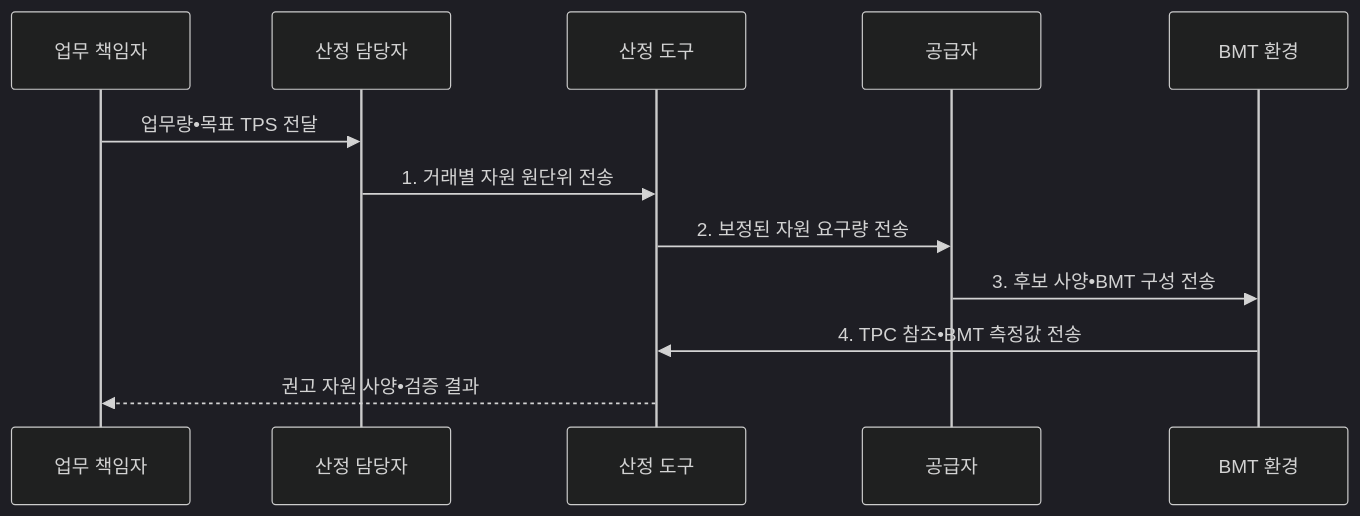
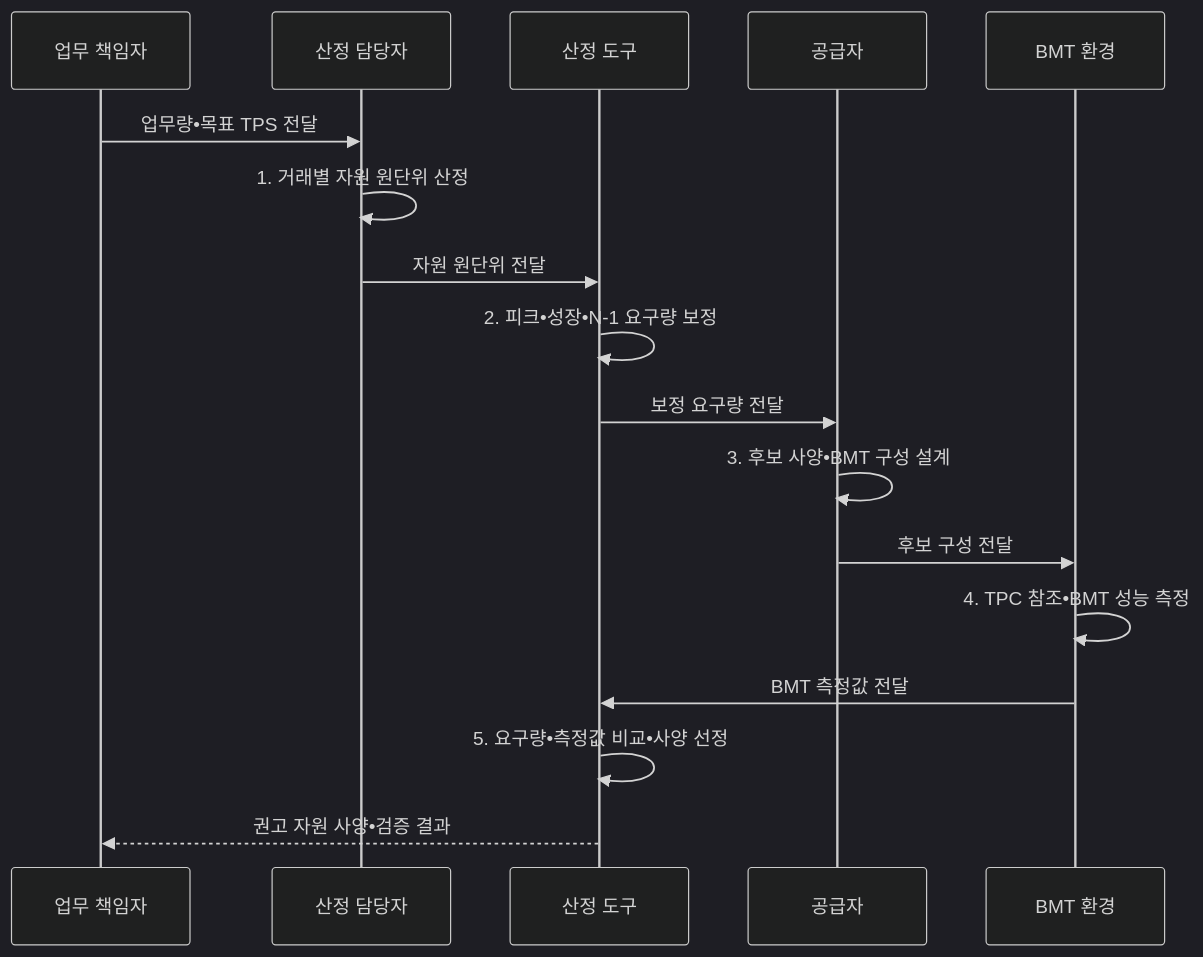
One commit to agnusdei1207/knowledge-base changed the second of 2 diagrams in src/content/docs/notes/06-evaluation/009_hw_sizing_tps_based.md. Above: the diagram before and after it, drawn with Mermaid (dark theme). The commit also changed other lines of this file and 20 other files, not shown here.

````diff
--- a/src/content/docs/notes/06-evaluation/009_hw_sizing_tps_based.md
+++ b/src/content/docs/notes/06-evaluation/009_hw_sizing_tps_based.md
@@ -107,14 +107,19 @@
 ```mermaid
 sequenceDiagram
   participant O as 업무 책임자
   participant A as 산정 담당자
   participant C as 산정 도구
   participant V as 공급자
   participant B as BMT 환경
   O->>A: 업무량•목표 TPS 전달
-  A->>C: 1. 거래별 자원 원단위 전송
-  C->>V: 2. 보정된 자원 요구량 전송
-  V->>B: 3. 후보 사양•BMT 구성 전송
-  B->>C: 4. TPC 참조•BMT 측정값 전송
+  A->>A: 1. 거래별 자원 원단위 산정
+  A->>C: 자원 원단위 전달
+  C->>C: 2. 피크•성장•N-1 요구량 보정
+  C->>V: 보정 요구량 전달
+  V->>V: 3. 후보 사양•BMT 구성 설계
+  V->>B: 후보 구성 전달
+  B->>B: 4. TPC 참조•BMT 성능 측정
+  B->>C: BMT 측정값 전달
+  C->>C: 5. 요구량•측정값 비교•사양 선정
   C-->>O: 권고 자원 사양•검증 결과
 ```
````
